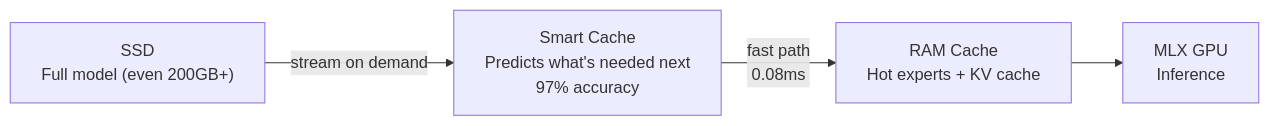
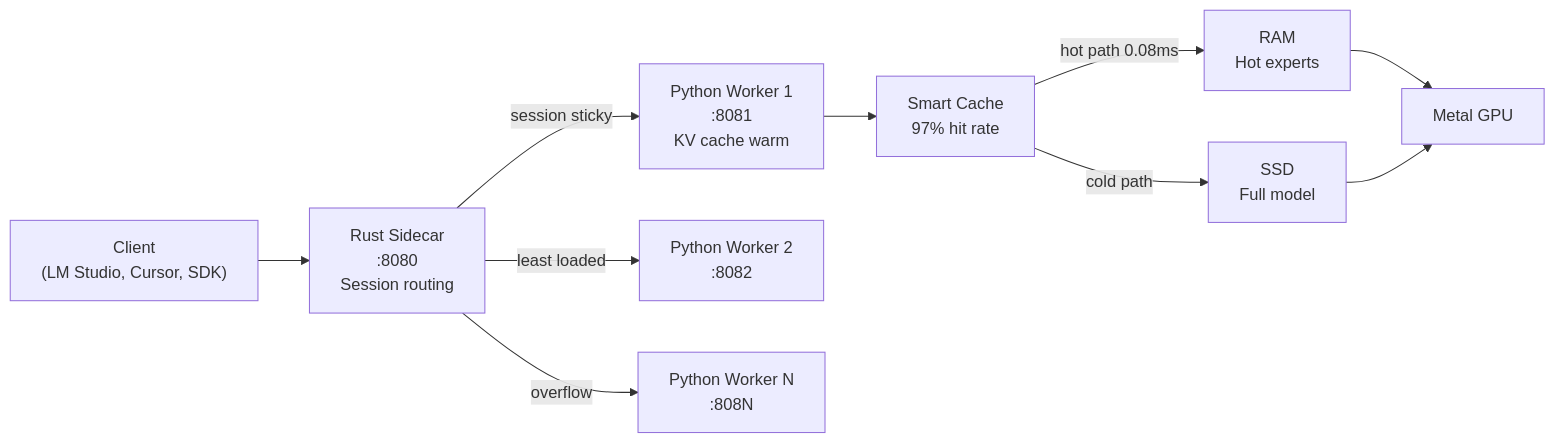
One commit to szibis/MLX-Flash changed the diagram in README.md. Above: the diagram before and after it, drawn with Mermaid. The commit also changed other lines of this file and 31 other files, not shown here.

````diff
--- a/README.md
+++ b/README.md
@@ -72,6 +133,12 @@
 ```mermaid
 flowchart LR
-    SSD["SSD<br/>Full model (even 200GB+)"] -->|stream on demand| CACHE["Smart Cache<br/>Predicts what's needed next<br/>97% accuracy"]
-    CACHE -->|fast path<br/>0.08ms| RAM["RAM Cache<br/>Hot experts + KV cache"]
-    RAM --> GPU["MLX GPU<br/>Inference"]
+    Client["Client<br/>(LM Studio, Cursor, SDK)"] --> Rust["Rust Sidecar<br/>:8080<br/>Session routing"]
+    Rust -->|session sticky| W1["Python Worker 1<br/>:8081<br/>KV cache warm"]
+    Rust -->|least loaded| W2["Python Worker 2<br/>:8082"]
+    Rust -->|overflow| W3["Python Worker N<br/>:808N"]
+    W1 --> Cache["Smart Cache<br/>97% hit rate"]
+    Cache -->|hot path 0.08ms| RAM["RAM<br/>Hot experts"]
+    Cache -->|cold path| SSD["SSD<br/>Full model"]
+    RAM --> GPU["Metal GPU"]
+    SSD --> GPU
 ```
````
